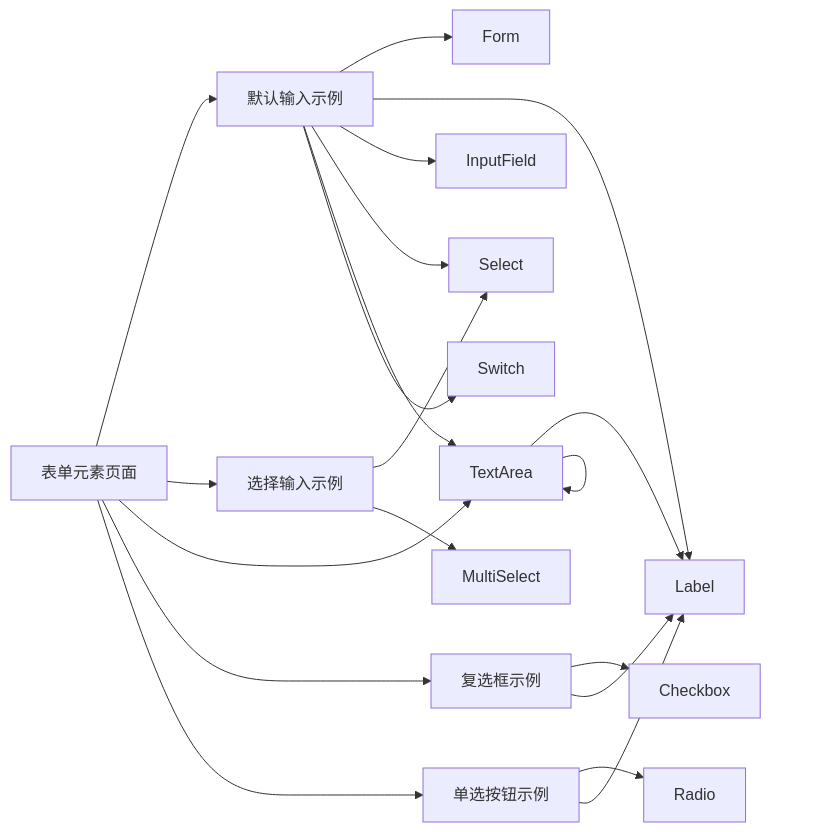
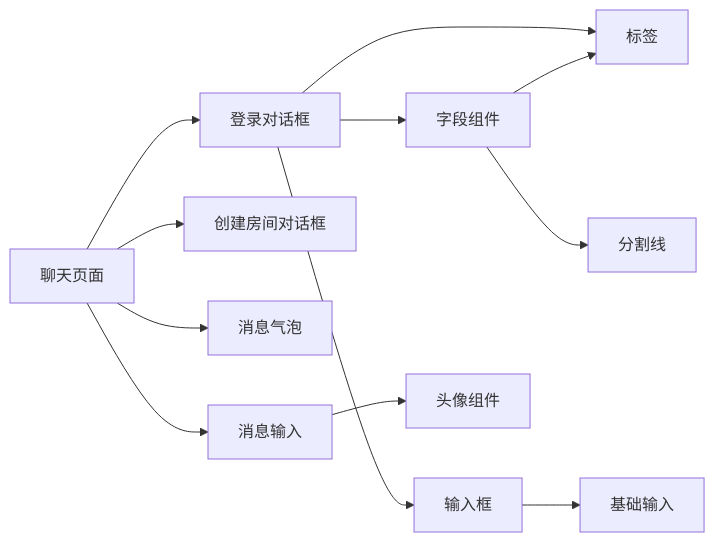
Before and after one commit to HAOFUYANG/nextjs-admin: the third of 3 diagrams in .qoder/repowiki/zh/content/页面路由系统/页面类型组织结构/表单页面.md, drawn with Mermaid. The commit also changed other lines of this file and 36 other files, not shown here.

````diff
--- a/.qoder/repowiki/zh/content/页面路由系统/页面类型组织结构/表单页面.md
+++ b/.qoder/repowiki/zh/content/页面路由系统/页面类型组织结构/表单页面.md
@@ -256,22 +175,14 @@
 ```mermaid
 graph LR
-Page["表单元素页面"] --> DI["默认输入示例"]
-Page --> SI["选择输入示例"]
-Page --> TA["文本域示例"]
-Page --> CB["复选框示例"]
-Page --> RB["单选按钮示例"]
-DI --> F["Form"]
-DI --> L["Label"]
-DI --> IF["InputField"]
-DI --> SL["Select"]
-DI --> TA["TextArea"]
-DI --> SW["Switch"]
-SI --> SL
-SI --> MSL["MultiSelect"]
-TA --> TA
-TA --> L
-CB --> CBX["Checkbox"]
-CB --> L
-RB --> RDX["Radio"]
-RB --> L
+ChatPage["聊天页面"] --> LoginDialog["登录对话框"]
+ChatPage --> CreateRoomDialog["创建房间对话框"]
+ChatPage --> ChatBubble["消息气泡"]
+ChatPage --> ChatInput["消息输入"]
+LoginDialog --> Field["字段组件"]
+LoginDialog --> Input["输入框"]
+LoginDialog --> Label["标签"]
+ChatInput --> Avatar["头像组件"]
+Field --> Label
+Field --> Separator["分割线"]
+Input --> Primitive["基础输入"]
 ```
````
